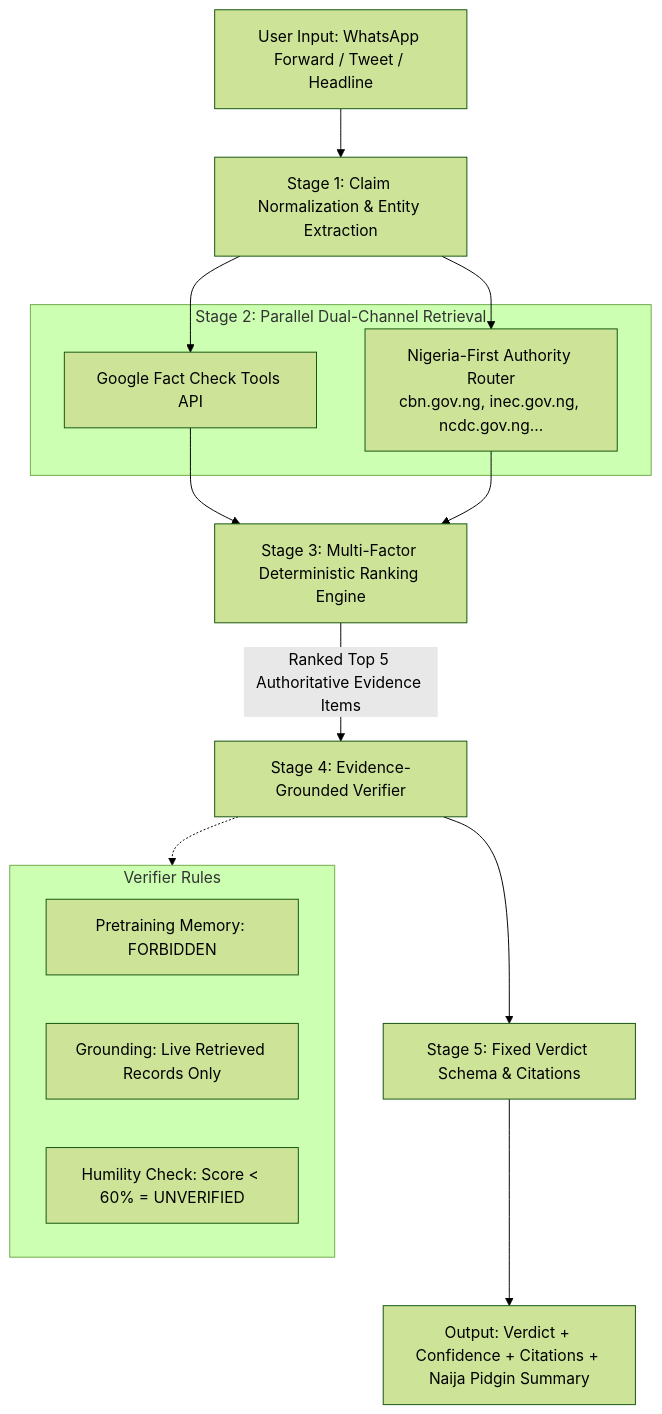
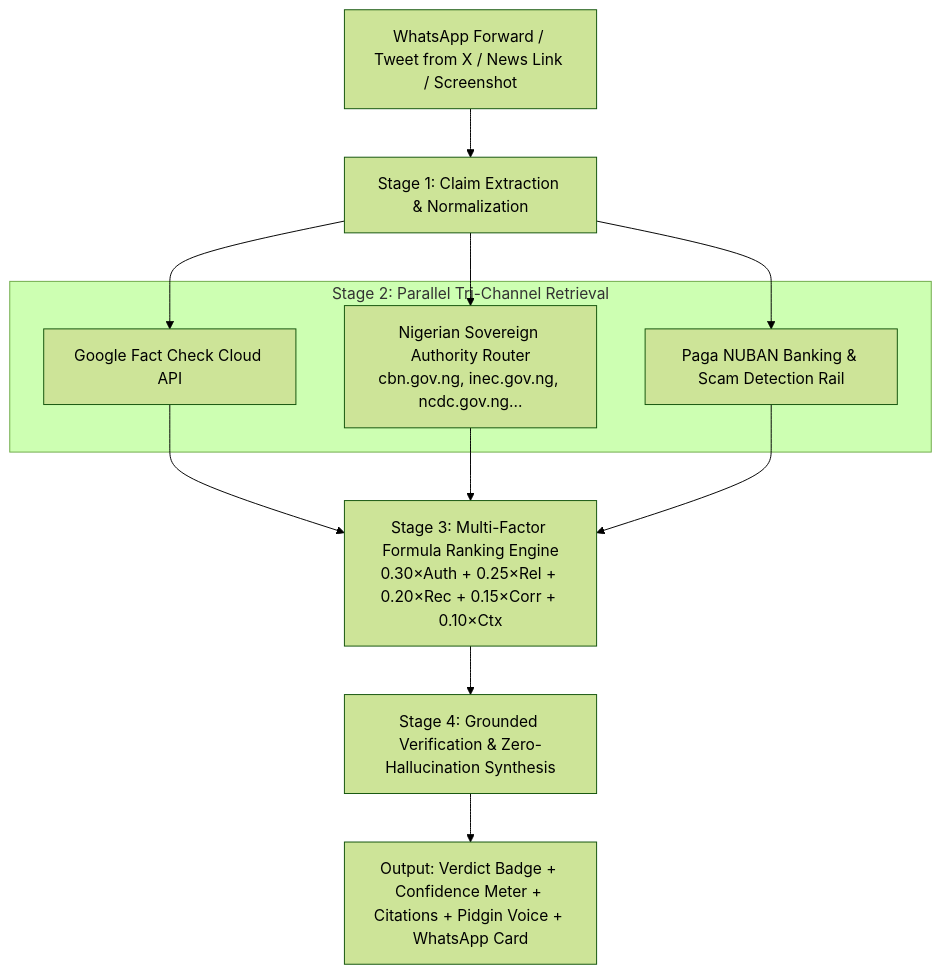
Before and after one commit to GoremiOguru/RumourRadar: the diagram in README.md, drawn with Mermaid (forest theme). The commit also changed other lines of this file, not shown here.

````diff
--- a/README.md
+++ b/README.md
@@ -18,28 +23,22 @@
 ```mermaid
 flowchart TD
-    A[User Input: WhatsApp Forward / Tweet / Headline] --> B[Stage 1: Claim Normalization & Entity Extraction]
+    A[WhatsApp Forward / Tweet from X / News Link / Screenshot] --> B[Stage 1: Claim Extraction & Normalization]
     
-    subgraph S2[Stage 2: Parallel Dual-Channel Retrieval]
-        C1[Google Fact Check Tools API]
-        C2[Nigeria-First Authority Router\ncbn.gov.ng, inec.gov.ng, ncdc.gov.ng...]
+    subgraph S2[Stage 2: Parallel Tri-Channel Retrieval]
+        C1[Google Fact Check Cloud API]
+        C2[Nigerian Sovereign Authority Router\ncbn.gov.ng, inec.gov.ng, ncdc.gov.ng...]
+        C3[Paga NUBAN Banking & Scam Detection Rail]
     end
     
     B --> C1
     B --> C2
+    B --> C3
     
-    C1 --> D[Stage 3: Multi-Factor Deterministic Ranking Engine]
+    C1 --> D[Stage 3: Multi-Factor Formula Ranking Engine\n0.30×Auth + 0.25×Rel + 0.20×Rec + 0.15×Corr + 0.10×Ctx]
     C2 --> D
+    C3 --> D
     
-    D -->|Ranked Top 5 Authoritative Evidence Items| E[Stage 4: Evidence-Grounded Verifier]
+    D --> E[Stage 4: Grounded Verification & Zero-Hallucination Synthesis]
     
-    subgraph EGV[Verifier Rules]
-        F1[Pretraining Memory: FORBIDDEN]
-        F2[Grounding: Live Retrieved Records Only]
-        F3[Humility Check: Score < 60% = UNVERIFIED]
-    end
-    
-    E -.-> EGV
-    
-    E --> G[Stage 5: Fixed Verdict Schema & Citations]
-    G --> H[Output: Verdict + Confidence + Citations + Naija Pidgin Summary]
+    E --> F[Output: Verdict Badge + Confidence Meter + Citations + Pidgin Voice + WhatsApp Card]
 ```
````
